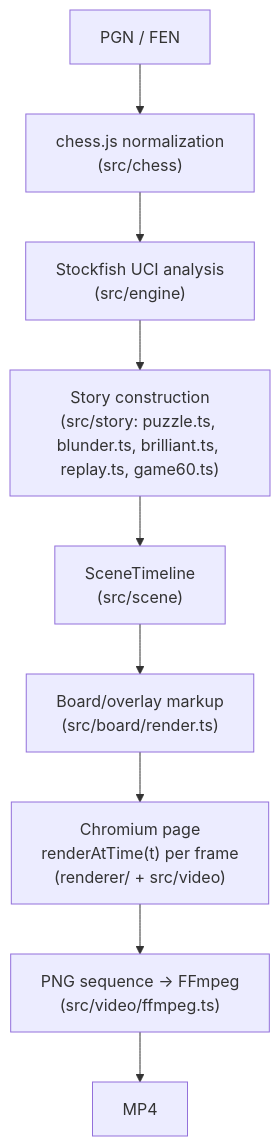
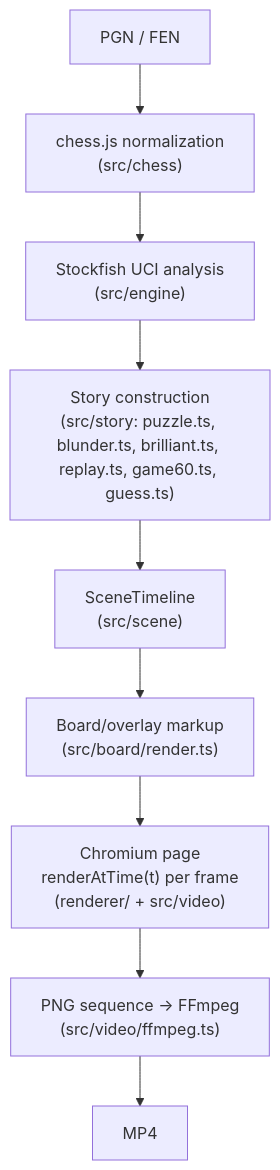
One commit to alessandrobessi/chessroll changed the diagram in README.md. Above: the diagram before and after it, drawn with Mermaid. The commit also changed other lines of this file and 13 other files, not shown here.

````diff
--- a/README.md
+++ b/README.md
@@ -208,11 +219,11 @@
 ```mermaid
 flowchart TD
     A[PGN / FEN] --> B["chess.js normalization<br/>(src/chess)"]
     B --> C["Stockfish UCI analysis<br/>(src/engine)"]
-    C --> D["Story construction<br/>(src/story: puzzle.ts, blunder.ts, brilliant.ts, replay.ts, game60.ts)"]
+    C --> D["Story construction<br/>(src/story: puzzle.ts, blunder.ts, brilliant.ts, replay.ts, game60.ts, guess.ts)"]
     D --> E["SceneTimeline<br/>(src/scene)"]
     E --> F["Board/overlay markup<br/>(src/board/render.ts)"]
     F --> G["Chromium page<br/>renderAtTime(t) per frame<br/>(renderer/ + src/video)"]
     G --> H["PNG sequence → FFmpeg<br/>(src/video/ffmpeg.ts)"]
     H --> I[MP4]
 ```
````
